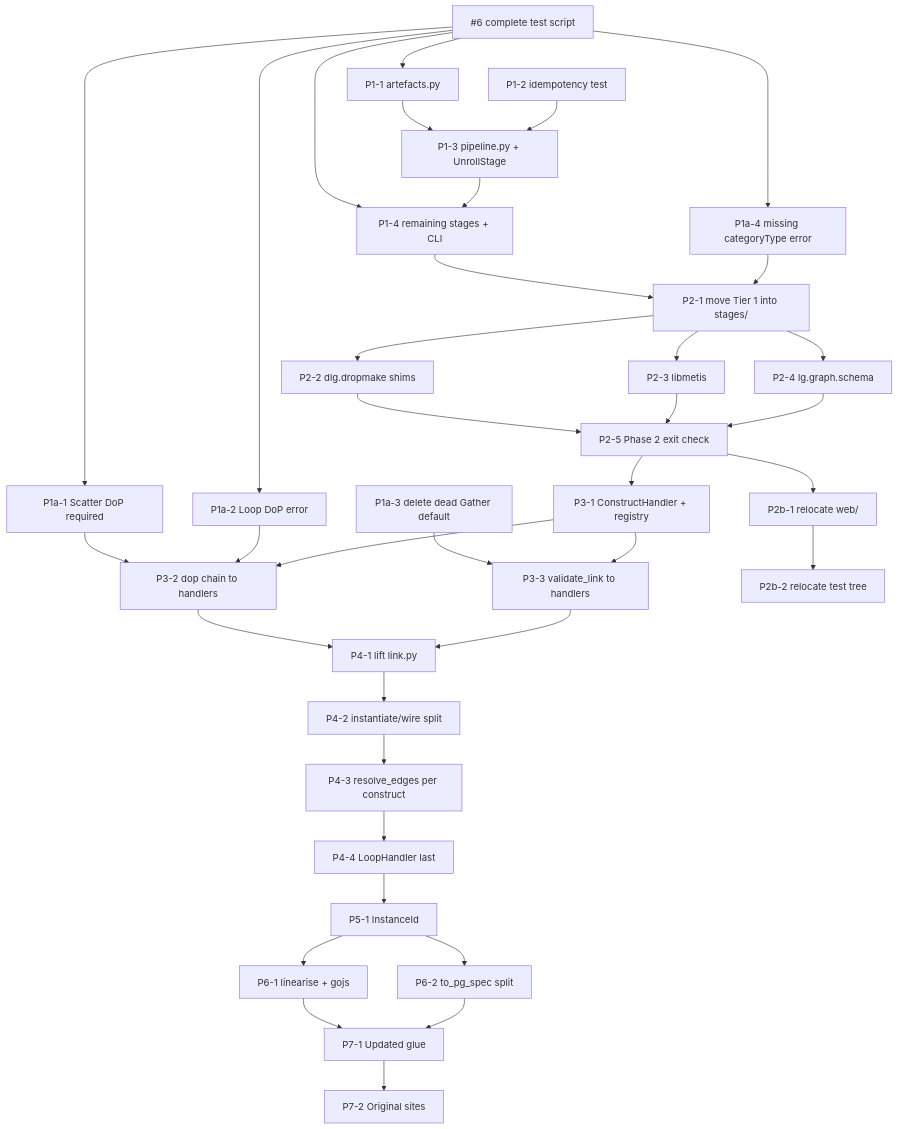
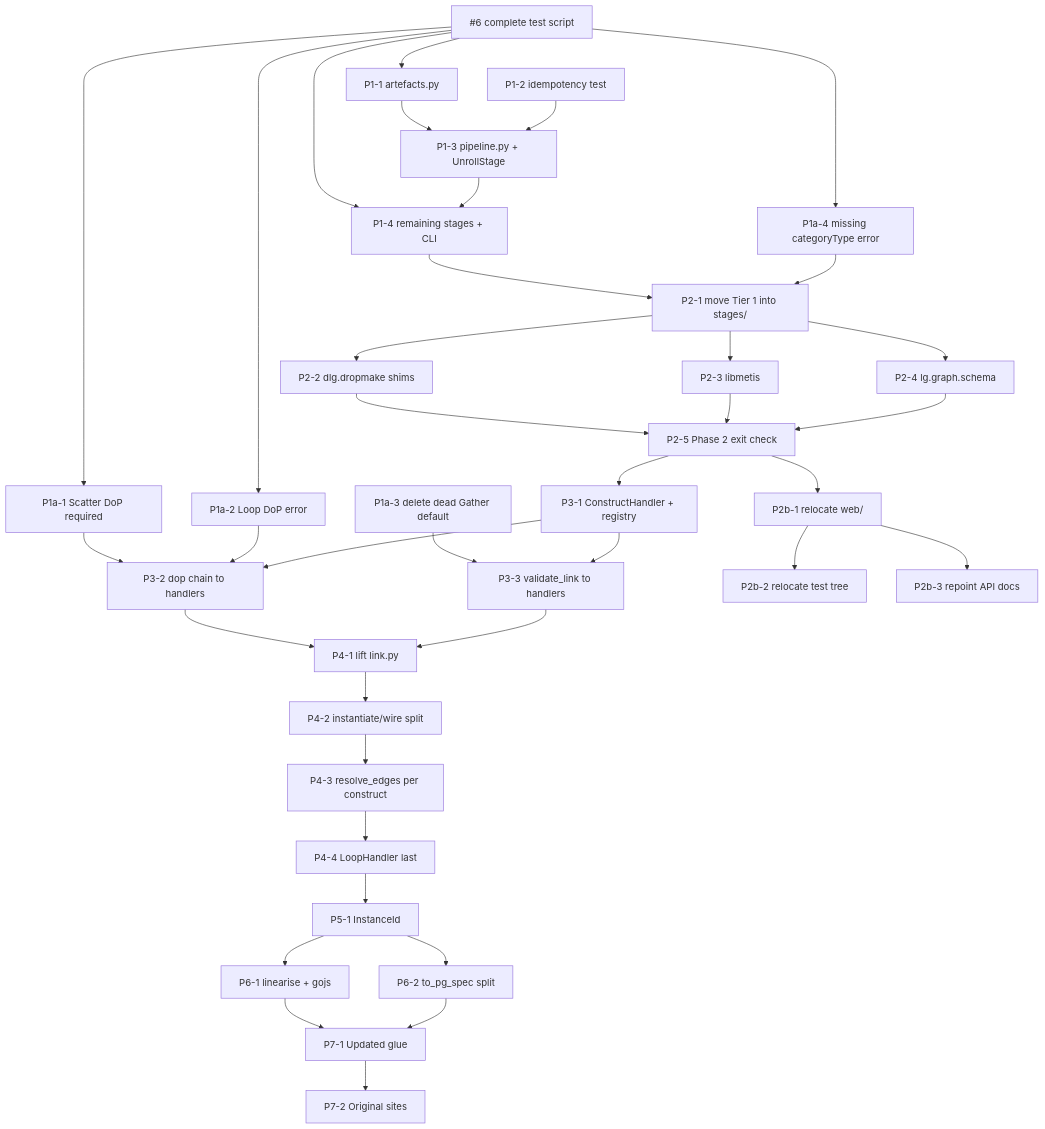
Before and after one commit to SachaPoulet/daliuge: the diagram in daliuge-translator/ARCHITECTURE_ISSUE_PLAN.md, drawn with Mermaid. The commit also changed other lines of this file, not shown here.

First line of the commit message:
Add P2b-3: repoint the API documentation

````diff
--- a/daliuge-translator/ARCHITECTURE_ISSUE_PLAN.md
+++ b/daliuge-translator/ARCHITECTURE_ISSUE_PLAN.md
@@ -17,21 +17,22 @@
 ```mermaid
 flowchart TD
     I6["#6 complete test script"] --> P1_1 & P1_4 & P1a_1 & P1a_2 & P1a_4
     P1_1["P1-1 artefacts.py"] --> P1_3
     P1_2["P1-2 idempotency test"] --> P1_3
     P1_3["P1-3 pipeline.py + UnrollStage"] --> P1_4["P1-4 remaining stages + CLI"]
     P1_4 --> P2_1["P2-1 move Tier 1 into stages/"]
     P1a_1["P1a-1 Scatter DoP required"] --> P3_2
     P1a_2["P1a-2 Loop DoP error"] --> P3_2
     P1a_3["P1a-3 delete dead Gather default"] --> P3_3
     P1a_4["P1a-4 missing categoryType error"] --> P2_1
     P2_1 --> P2_2["P2-2 dlg.dropmake shims"] & P2_3["P2-3 libmetis"] & P2_4["P2-4 lg.graph.schema"]
     P2_2 & P2_3 & P2_4 --> P2_5["P2-5 Phase 2 exit check"]
     P2_5 --> P2b_1["P2b-1 relocate web/"] & P3_1["P3-1 ConstructHandler + registry"]
     P2b_1 --> P2b_2["P2b-2 relocate test tree"]
+    P2b_1 --> P2b_3["P2b-3 repoint API docs"]
     P3_1 --> P3_2["P3-2 dop chain to handlers"] & P3_3["P3-3 validate_link to handlers"]
     P3_2 & P3_3 --> P4_1["P4-1 lift link.py"]
     P4_1 --> P4_2["P4-2 instantiate/wire split"] --> P4_3["P4-3 resolve_edges per construct"] --> P4_4["P4-4 LoopHandler last"]
     P4_4 --> P5_1["P5-1 InstanceId"] --> P6_1["P6-1 linearise + gojs"] & P6_2["P6-2 to_pg_spec split"]
     P6_1 & P6_2 --> P7_1["P7-1 Updated glue"] --> P7_2["P7-2 Original sites"]
 ```
````
